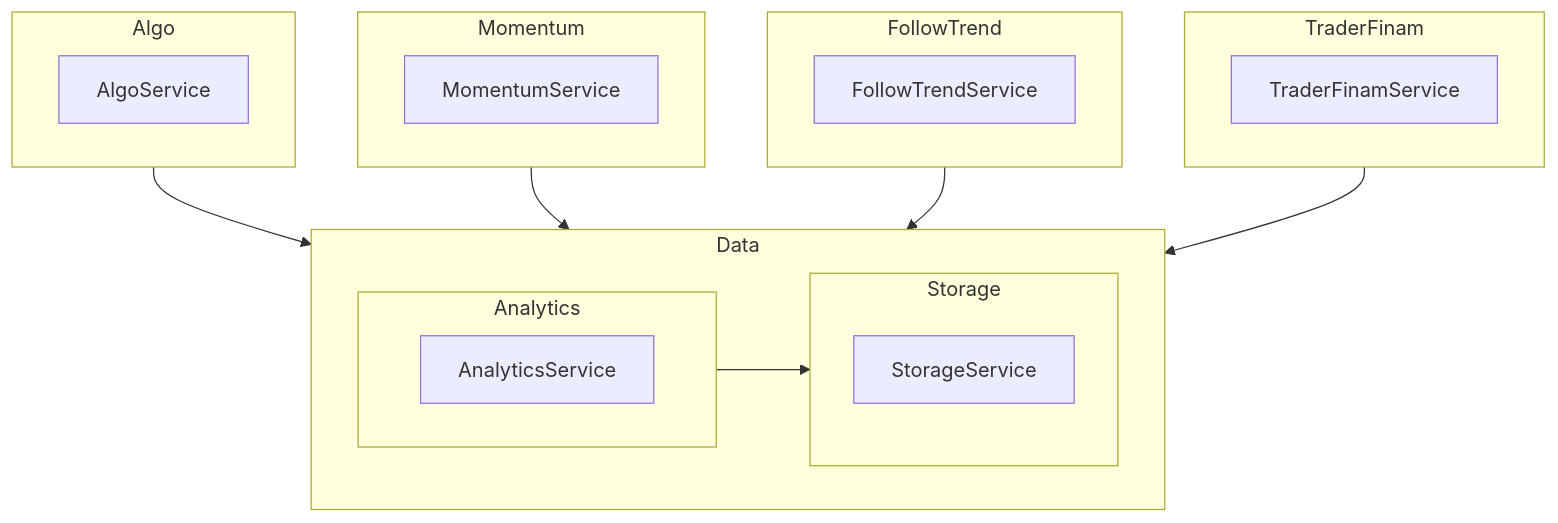
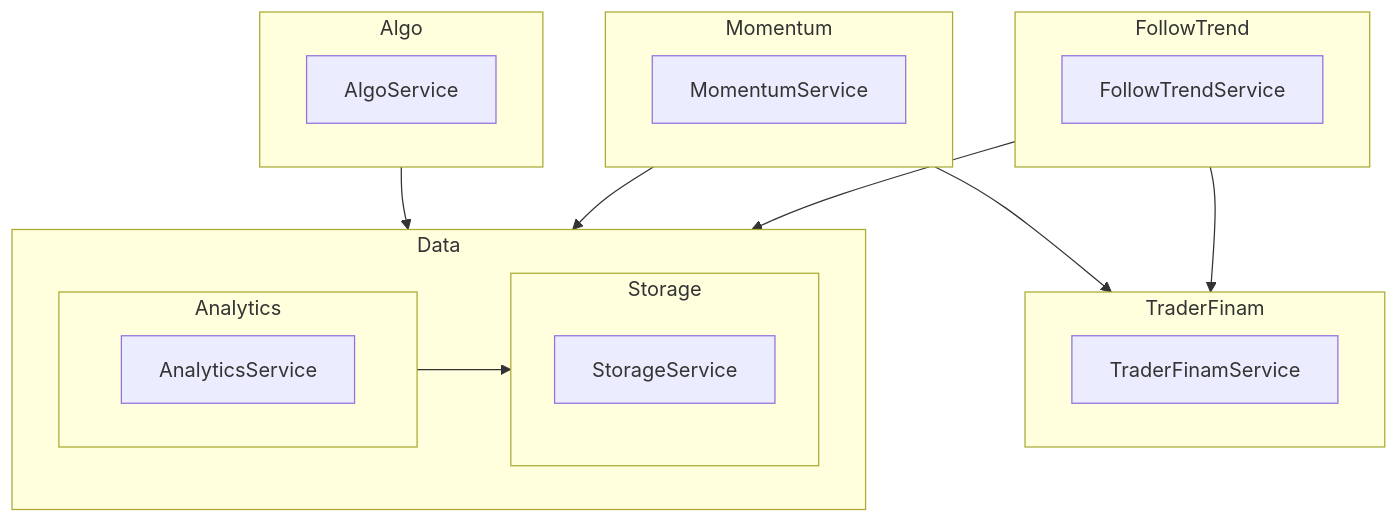
The diagram in Сетевая схема.md (oid85/Oid85.FinMarket.KnowledgeBase), drawn with Mermaid before and after one commit.

````diff
--- a/Сетевая схема.md
+++ b/Сетевая схема.md
@@ -1,39 +1,40 @@
 ```mermaid
 flowchart TB
   subgraph Data
     Storage
     Analytics
   end
 
   subgraph Storage
     StorageService
   end
 
   subgraph Analytics
     AnalyticsService
   end
 
   subgraph Algo
     AlgoService
   end
 
   subgraph Momentum
     MomentumService
   end
 
   subgraph FollowTrend
     FollowTrendService
   end
 
   subgraph TraderFinam
     TraderFinamService    
   end
 
     Analytics-->Storage
     
     Algo-->Data   
     Momentum-->Data
     FollowTrend-->Data
-    TraderFinam-->Data 
-
+    
+    Momentum-->TraderFinam 
+    FollowTrend-->TraderFinam 
 ```
````
